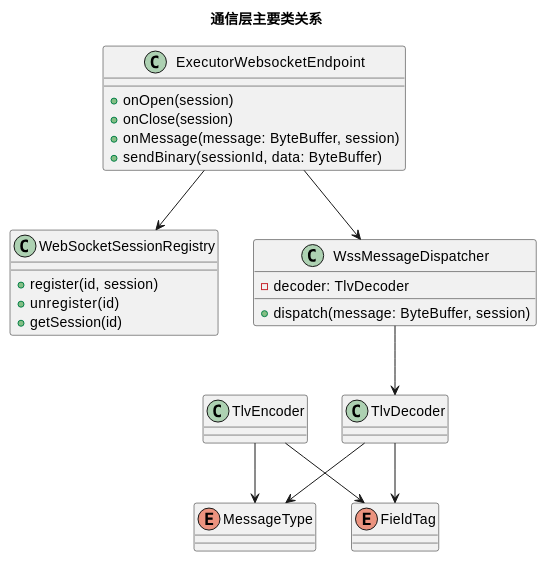
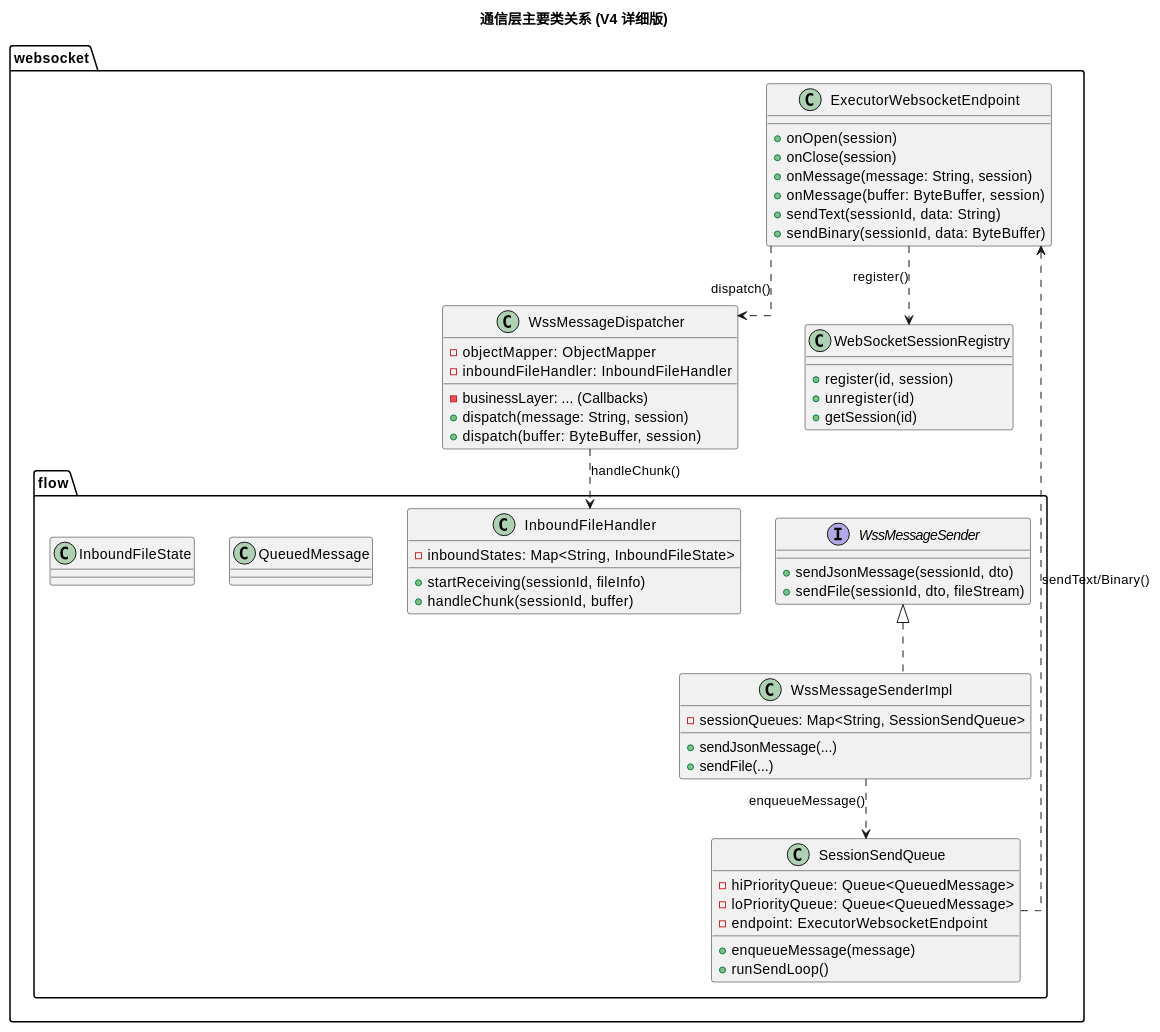
The second of 8 diagrams in AR软件实现设计文档/执行机管理/执行机管理-WebSocket通信协议设计.md (GuiHongli/DialTestCenter), drawn with PlantUML before and after one commit. The commit also changed other lines of this file and 48 other files, not shown here.

````diff
--- a/AR软件实现设计文档/执行机管理/执行机管理-WebSocket通信协议设计.md
+++ b/AR软件实现设计文档/执行机管理/执行机管理-WebSocket通信协议设计.md
@@ -122,33 +171,84 @@
 ```plantuml
 @startuml
-title 通信层主要类关系
+title 通信层主要类关系 (V4 详细版)
 
-class ExecutorWebsocketEndpoint {
-  + onOpen(session)
-  + onClose(session)
-  + onMessage(message: ByteBuffer, session)
-  + sendBinary(sessionId, data: ByteBuffer)
+skinparam componentStyle uml2
+skinparam linetype ortho
+
+' --- 顶层 WebSocket 组件 ---
+package "websocket" {
+    class ExecutorWebsocketEndpoint {
+      + onOpen(session)
+      + onClose(session)
+      + onMessage(message: String, session)
+      + onMessage(buffer: ByteBuffer, session)
+      + sendText(sessionId, data: String)
+      + sendBinary(sessionId, data: ByteBuffer)
+    }
+
+    class WssMessageDispatcher {
+      - objectMapper: ObjectMapper
+      - inboundFileHandler: InboundFileHandler
+      - businessLayer: ... (Callbacks)
+      + dispatch(message: String, session)
+      + dispatch(buffer: ByteBuffer, session)
+    }
+
+    class WebSocketSessionRegistry {
+      + register(id, session)
+      + unregister(id)
+      + getSession(id)
+    }
 }
-class WebSocketSessionRegistry {
-  + register(id, session)
-  + unregister(id)
-  + getSession(id)
+
+' --- V4 核心：流控与文件传输包 ---
+package "websocket.flow" {
+
+    interface WssMessageSender {
+      + sendJsonMessage(sessionId, dto)
+      + sendFile(sessionId, dto, fileStream)
+    }
+
+    class WssMessageSenderImpl implements WssMessageSender {
+      - sessionQueues: Map<String, SessionSendQueue>
+      + sendJsonMessage(...)
+      + sendFile(...)
+    }
+
+    class SessionSendQueue {
+      - hiPriorityQueue: Queue<QueuedMessage>
+      - loPriorityQueue: Queue<QueuedMessage>
+      - endpoint: ExecutorWebsocketEndpoint
+      + enqueueMessage(message)
+      + runSendLoop()
+    }
+
+    class InboundFileHandler {
+      - inboundStates: Map<String, InboundFileState>
+      + startReceiving(sessionId, fileInfo)
+      + handleChunk(sessionId, buffer)
+    }
+
+    ' [V4 修正] 移除 ... 占位符
+    class QueuedMessage {}
+    class InboundFileState {}
 }
-class WssMessageDispatcher {
-  - decoder: TlvDecoder
-  + dispatch(message: ByteBuffer, session)
-}
-class TlvEncoder
-class TlvDecoder
-enum MessageType
-enum FieldTag
 
-ExecutorWebsocketEndpoint --> WebSocketSessionRegistry
-ExecutorWebsocketEndpoint --> WssMessageDispatcher
-WssMessageDispatcher --> TlvDecoder
-TlvEncoder --> MessageType
-TlvDecoder --> MessageType
-TlvEncoder --> FieldTag
-TlvDecoder --> FieldTag
+' --- 依赖关系 ---
+' 1. Endpoint 是所有操作的起点和终点
+ExecutorWebsocketEndpoint .down.> WssMessageDispatcher : "dispatch()"
+ExecutorWebsocketEndpoint .down.> WebSocketSessionRegistry : "register()"
+
+' 2. WssMessageDispatcher (入站)
+WssMessageDispatcher .down.> InboundFileHandler : "handleChunk()"
+
+' 3. WssMessageSender (出站)
+WssMessageSenderImpl .down.> SessionSendQueue : "enqueueMessage()"
+SessionSendQueue .up.> ExecutorWebsocketEndpoint : "sendText/Binary()"
+
+' 4. 业务层依赖 (未在图中显示)
+' Biz -> WssMessageSender (Interface)
+' Biz -> InboundFileHandler (startReceiving)
+
 @enduml
 ```
````
